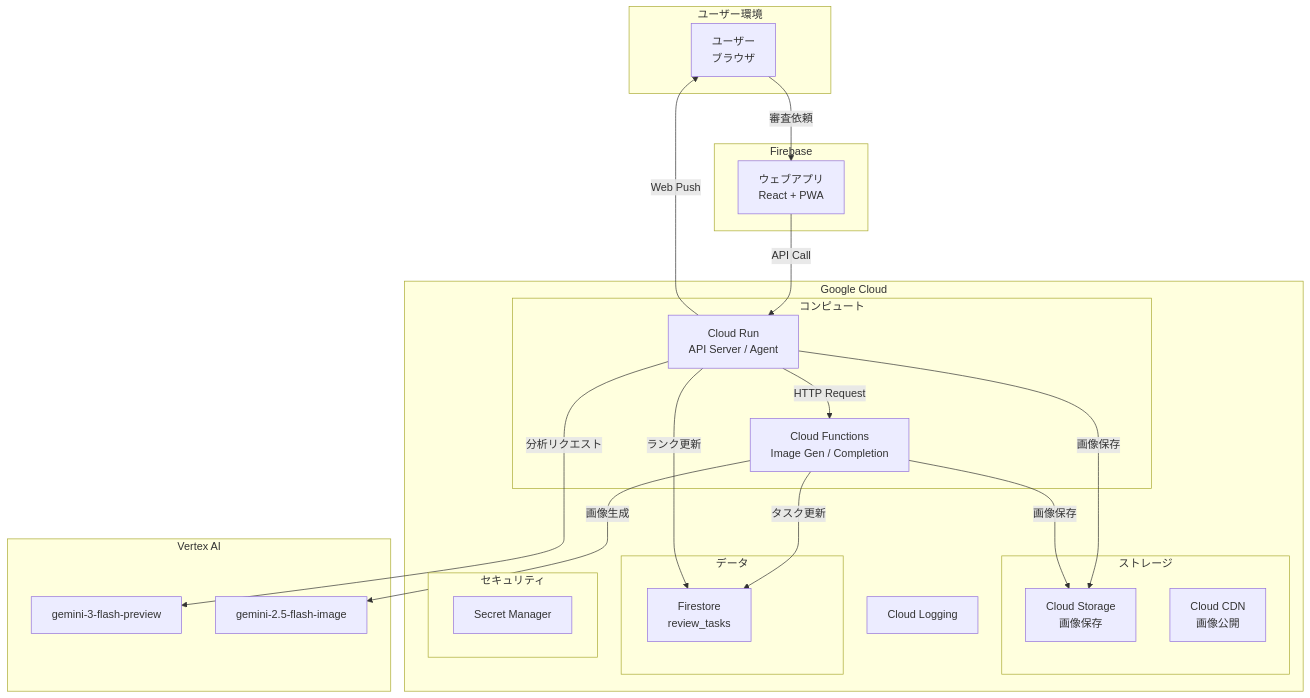
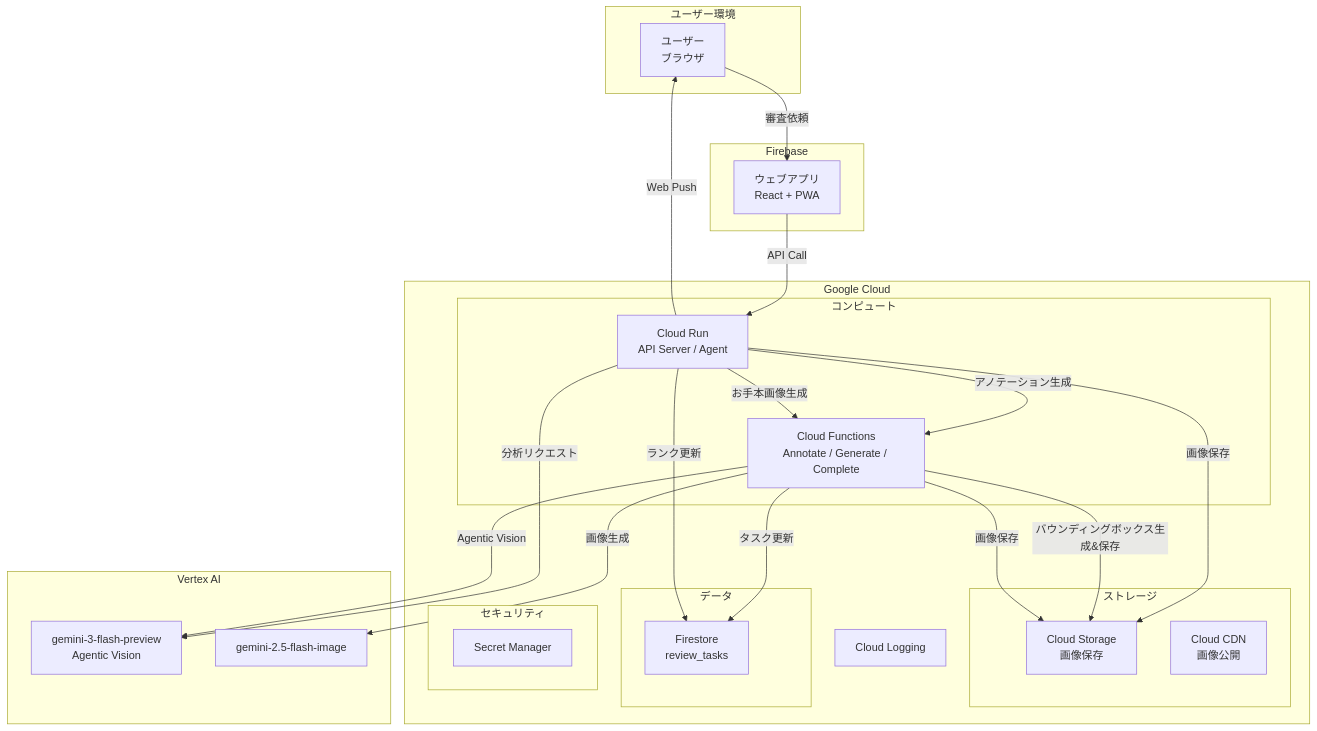
Before and after one commit to nuance-sudo/drawing-practice-agent-gch4: the first of 6 diagrams in docs/functional-design.md, drawn with Mermaid. The commit also changed other lines of this file and 11 other files, not shown here.

````diff
--- a/docs/functional-design.md
+++ b/docs/functional-design.md
@@ -13,48 +13,51 @@
 ```mermaid
 flowchart TB
     subgraph User["ユーザー環境"]
         A[ユーザー<br/>ブラウザ]
     end
 
     subgraph Firebase["Firebase"]
         B[ウェブアプリ<br/>React + PWA]
     end
 
     subgraph GCP["Google Cloud"]
         subgraph Storage["ストレージ"]
             C[Cloud Storage<br/>画像保存]
             D[Cloud CDN<br/>画像公開]
         end
         
         subgraph Compute["コンピュート"]
             F[Cloud Run<br/>API Server / Agent]
-            G[Cloud Functions<br/>Image Gen / Completion]
+            G[Cloud Functions<br/>Annotate / Generate / Complete]
         end
         
         subgraph Data["データ"]
             H[Firestore<br/>review_tasks]
         end
         
         subgraph Security["セキュリティ"]
             I[Secret Manager]
         end
         
         J[Cloud Logging]
     end
 
     subgraph AI["Vertex AI"]
-        K[gemini-3-flash-preview]
+        K[gemini-3-flash-preview<br/>Agentic Vision]
         L[gemini-2.5-flash-image]
     end
 
     A -->|審査依頼| B
     B -->|API Call| F
     F -->|画像保存| C
     F -->|分析リクエスト| K
-    F -->|HTTP Request| G
+    F -->|アノテーション生成| G
+    G -->|Agentic Vision| K
+    G -->|バウンディングボックス生成&保存| C
+    F -->|お手本画像生成| G
     G -->|画像生成| L
     G -->|画像保存| C
     G -->|タスク更新| H
     F -->|ランク更新| H
     F -->|Web Push| A
 ```
````
